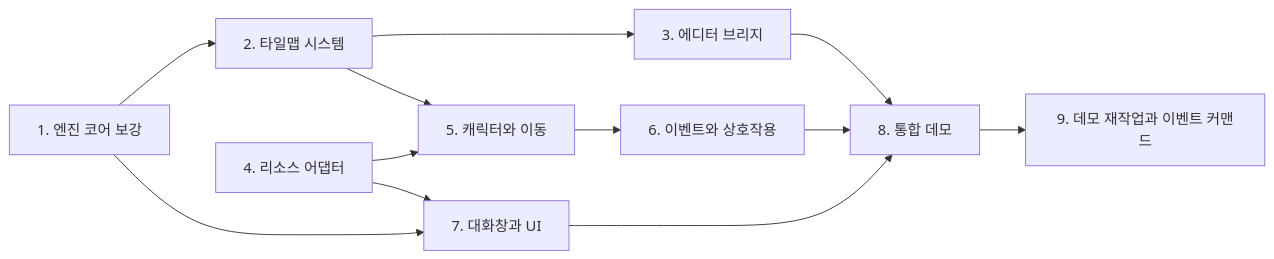
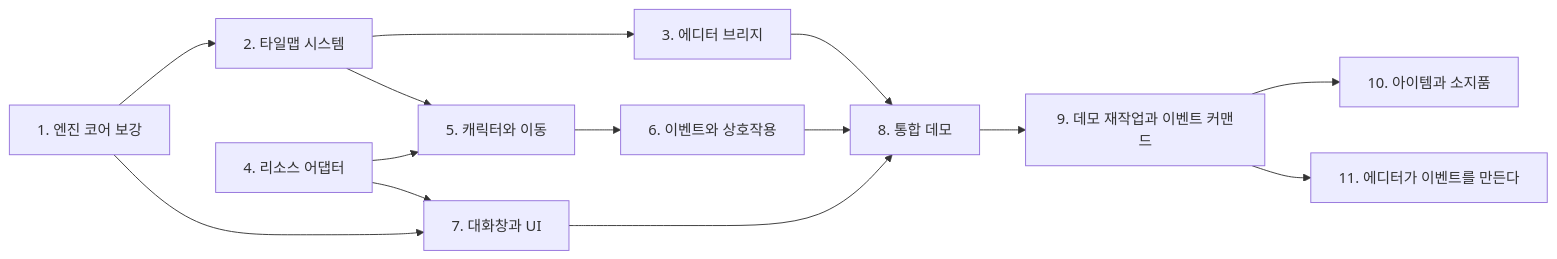
Before and after one commit to biud436/Initial2D: the diagram in docs/plans/index.md, drawn with Mermaid. The commit also changed other lines of this file and 27 other files, not shown here.

````diff
--- a/docs/plans/index.md
+++ b/docs/plans/index.md
@@ -53,14 +53,16 @@
 ```mermaid
 graph LR
     P1[1. 엔진 코어 보강] --> P2[2. 타일맵 시스템]
     P2 --> P3[3. 에디터 브리지]
     P4[4. 리소스 어댑터] --> P5[5. 캐릭터와 이동]
     P2 --> P5
     P5 --> P6[6. 이벤트와 상호작용]
     P1 --> P7[7. 대화창과 UI]
     P4 --> P7
     P6 --> P8[8. 통합 데모]
     P7 --> P8
     P3 --> P8
     P8 --> P9[9. 데모 재작업과 이벤트 커맨드]
+    P9 --> P10[10. 아이템과 소지품]
+    P9 --> P11[11. 에디터가 이벤트를 만든다]
 ```
````
